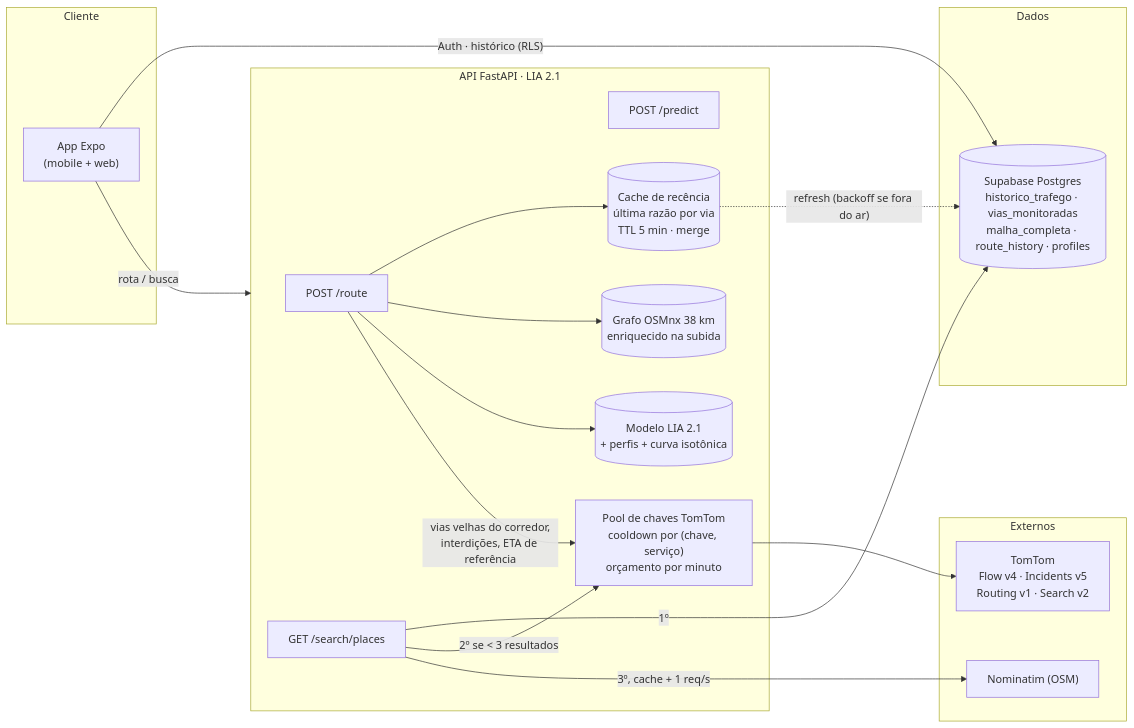
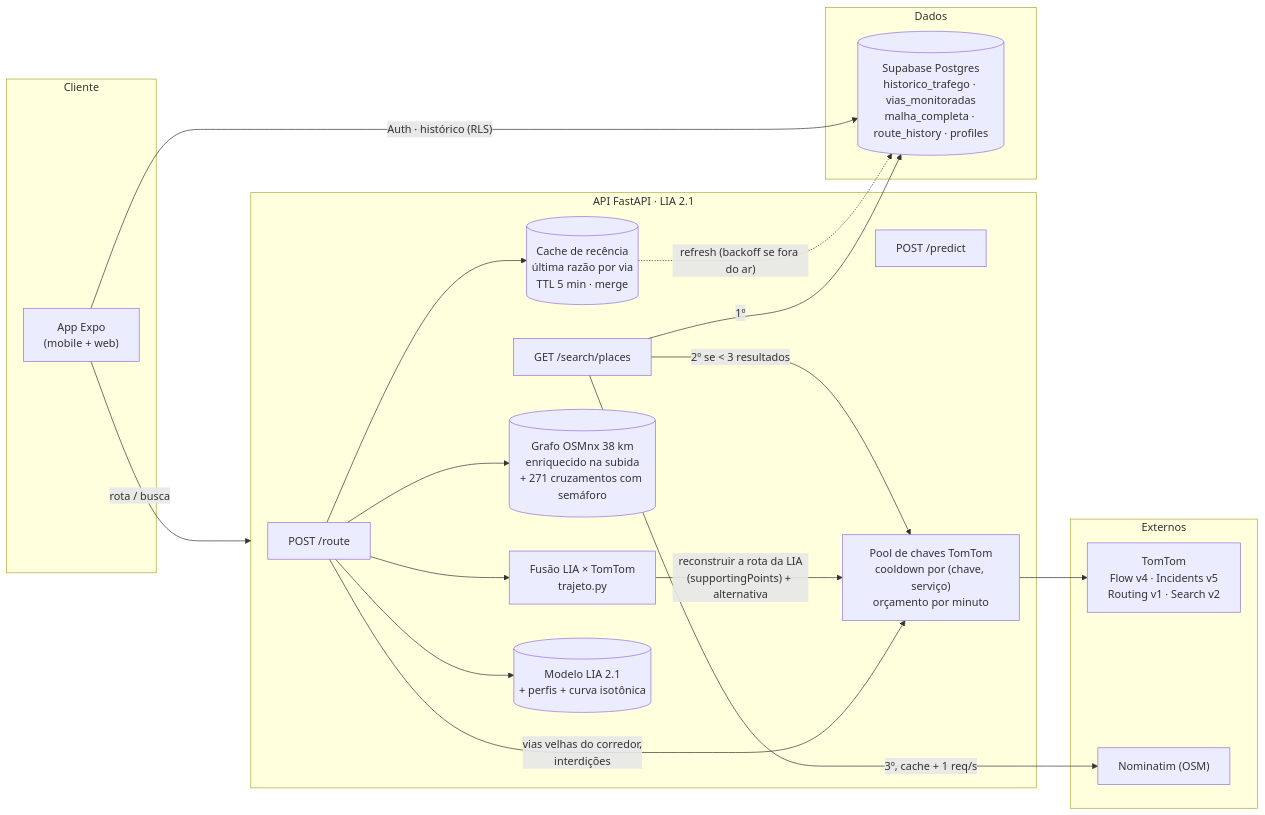
One commit to G2Martins/Routify changed the first of 2 diagrams in docs/core/architecture.md. Above: the diagram before and after it, drawn with Mermaid. The commit also changed other lines of this file and 11 other files, not shown here.

````diff
--- a/docs/core/architecture.md
+++ b/docs/core/architecture.md
@@ -9,35 +9,38 @@
 ```mermaid
 flowchart LR
     subgraph Cliente
         APP["App Expo<br/>(mobile + web)"]
     end
 
     subgraph API["API FastAPI · LIA 2.1"]
         ROUTE["POST /route"]
         SEARCH["GET /search/places"]
         PRED["POST /predict"]
         RC[("Cache de recência<br/>última razão por via<br/>TTL 5 min · merge")]
         POOL["Pool de chaves TomTom<br/>cooldown por (chave, serviço)<br/>orçamento por minuto"]
-        G[("Grafo OSMnx 38 km<br/>enriquecido na subida")]
+        G[("Grafo OSMnx 38 km<br/>enriquecido na subida<br/>+ 271 cruzamentos com semáforo")]
+        FUS["Fusão LIA × TomTom<br/>trajeto.py"]
         M[("Modelo LIA 2.1<br/>+ perfis + curva isotônica")]
     end
 
     subgraph Dados
         SB[("Supabase Postgres<br/>historico_trafego · vias_monitoradas<br/>malha_completa · route_history · profiles")]
     end
 
     subgraph Externos
         TT["TomTom<br/>Flow v4 · Incidents v5<br/>Routing v1 · Search v2"]
         NOM["Nominatim (OSM)"]
     end
 
     APP -- "rota / busca" --> API
     APP -- "Auth · histórico (RLS)" --> SB
     ROUTE --> RC & G & M
-    ROUTE -- "vias velhas do corredor,<br/>interdições, ETA de referência" --> POOL
+    ROUTE -- "vias velhas do corredor,<br/>interdições" --> POOL
+    ROUTE --> FUS
+    FUS -- "reconstruir a rota da LIA<br/>(supportingPoints) + alternativa" --> POOL
     SEARCH -- "1º" --> SB
     SEARCH -- "2º se < 3 resultados" --> POOL
     SEARCH -- "3º, cache + 1 req/s" --> NOM
     POOL --> TT
     RC -. "refresh (backoff se fora do ar)" .-> SB
 ```
````
